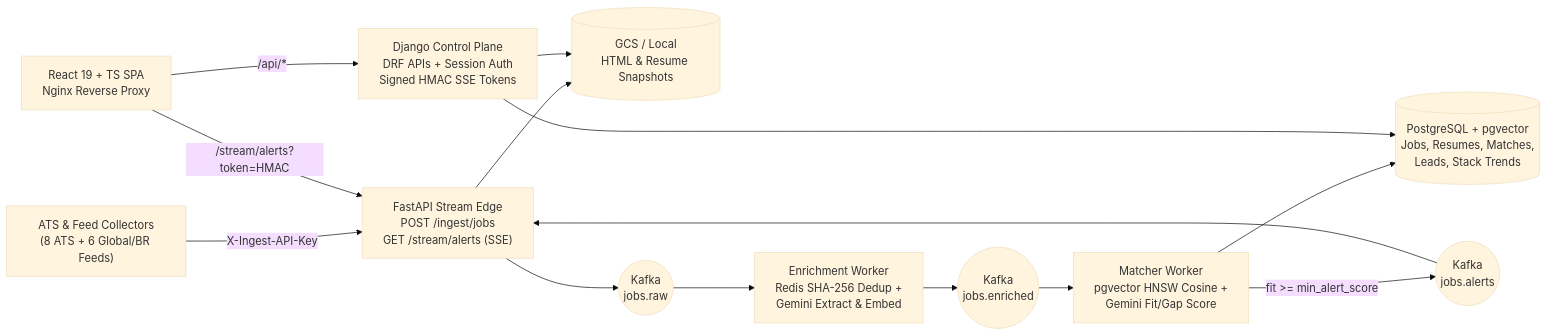
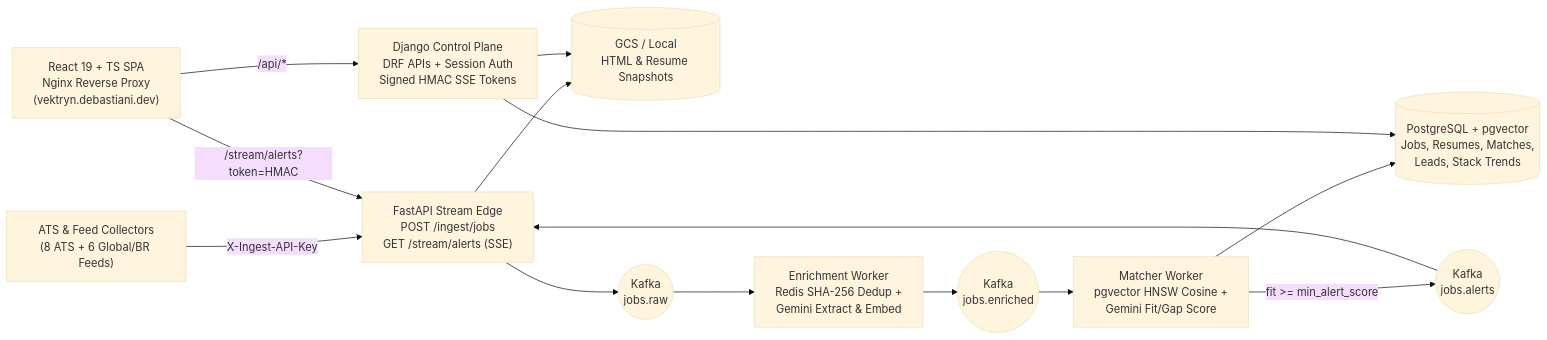
Before and after one commit to debastiani-dev/vektryn: the diagram in README.md, drawn with Mermaid (base theme). The commit also changed other lines of this file, not shown here.

````diff
--- a/README.md
+++ b/README.md
@@ -41,28 +40,28 @@
 ```mermaid
 flowchart LR
     Collectors["ATS & Feed Collectors\n(8 ATS + 6 Global/BR Feeds)"]
     Edge["FastAPI Stream Edge\nPOST /ingest/jobs\nGET /stream/alerts (SSE)"]
     GCS[("GCS / Local\nHTML & Resume Snapshots")]
     KafkaRaw(("Kafka\njobs.raw"))
     Enrich["Enrichment Worker\nRedis SHA-256 Dedup +\nGemini Extract & Embed"]
     KafkaEnriched(("Kafka\njobs.enriched"))
     Matcher["Matcher Worker\npgvector HNSW Cosine +\nGemini Fit/Gap Score"]
     PG[("PostgreSQL + pgvector\nJobs, Resumes, Matches,\nLeads, Stack Trends")]
     KafkaAlerts(("Kafka\njobs.alerts"))
     CP["Django Control Plane\nDRF APIs + Session Auth\nSigned HMAC SSE Tokens"]
-    UI["React 19 + TS SPA\nNginx Reverse Proxy"]
+    UI["React 19 + TS SPA\nNginx Reverse Proxy\n(vektryn.debastiani.dev)"]
 
     Collectors -->|X-Ingest-API-Key| Edge
     Edge --> GCS
     Edge --> KafkaRaw
     KafkaRaw --> Enrich
     Enrich --> KafkaEnriched
     KafkaEnriched --> Matcher
     Matcher --> PG
     Matcher -->|fit >= min_alert_score| KafkaAlerts
     KafkaAlerts --> Edge
     UI -->|/api/*| CP
     CP --> PG
     CP --> GCS
     UI -->|/stream/alerts?token=HMAC| Edge
 ```
````
